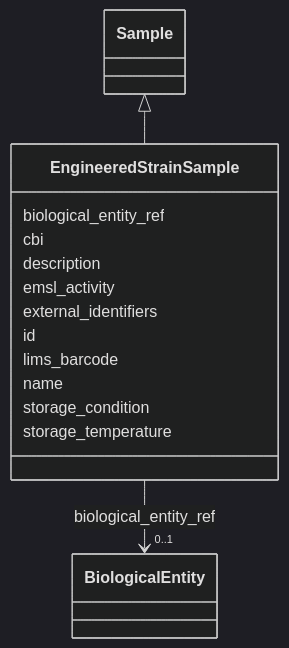
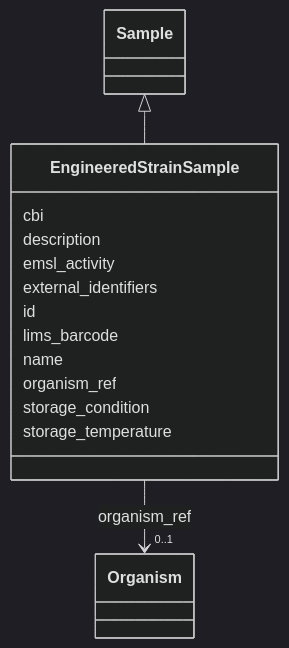
Before and after one commit to EMSL-Computing/BASALT-Schema: the diagram in docs/elements/EngineeredStrainSample.md, drawn with Mermaid (dark theme). The commit also changed other lines of this file and 167 other files, not shown here.

Commit message:
refactor 'biological_entity' to 'organism' and regen visualizer, models, docs

````diff
--- a/docs/elements/EngineeredStrainSample.md
+++ b/docs/elements/EngineeredStrainSample.md
@@ -28,38 +28,38 @@
 ```mermaid
  classDiagram
     class EngineeredStrainSample
     click EngineeredStrainSample href "../EngineeredStrainSample/"
       Sample <|-- EngineeredStrainSample
         click Sample href "../Sample/"
       
-      EngineeredStrainSample : biological_entity_ref
-        
-          
-    
-        
-        
-        EngineeredStrainSample --> "0..1" BiologicalEntity : biological_entity_ref
-        click BiologicalEntity href "../BiologicalEntity/"
-    
-
-        
       EngineeredStrainSample : cbi
         
       EngineeredStrainSample : description
         
       EngineeredStrainSample : emsl_activity
         
       EngineeredStrainSample : external_identifiers
         
       EngineeredStrainSample : id
         
       EngineeredStrainSample : lims_barcode
         
       EngineeredStrainSample : name
         
+      EngineeredStrainSample : organism_ref
+        
+          
+    
+        
+        
+        EngineeredStrainSample --> "0..1" Organism : organism_ref
+        click Organism href "../Organism/"
+    
+
+        
       EngineeredStrainSample : storage_condition
         
       EngineeredStrainSample : storage_temperature
         
       
 ```
````
